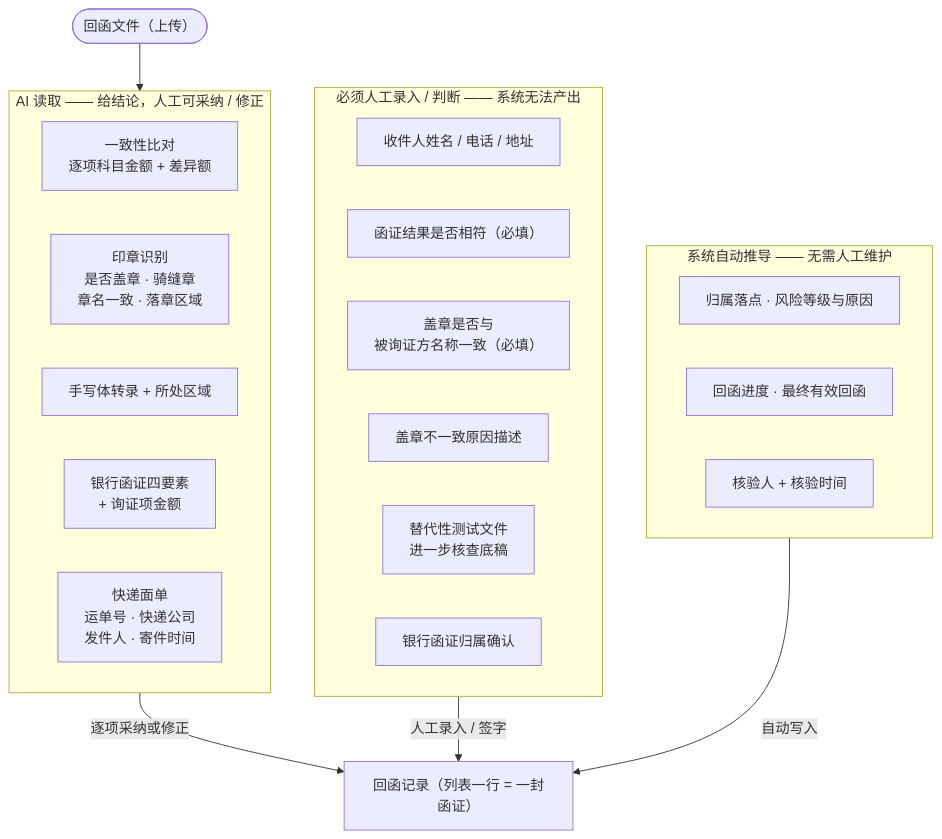
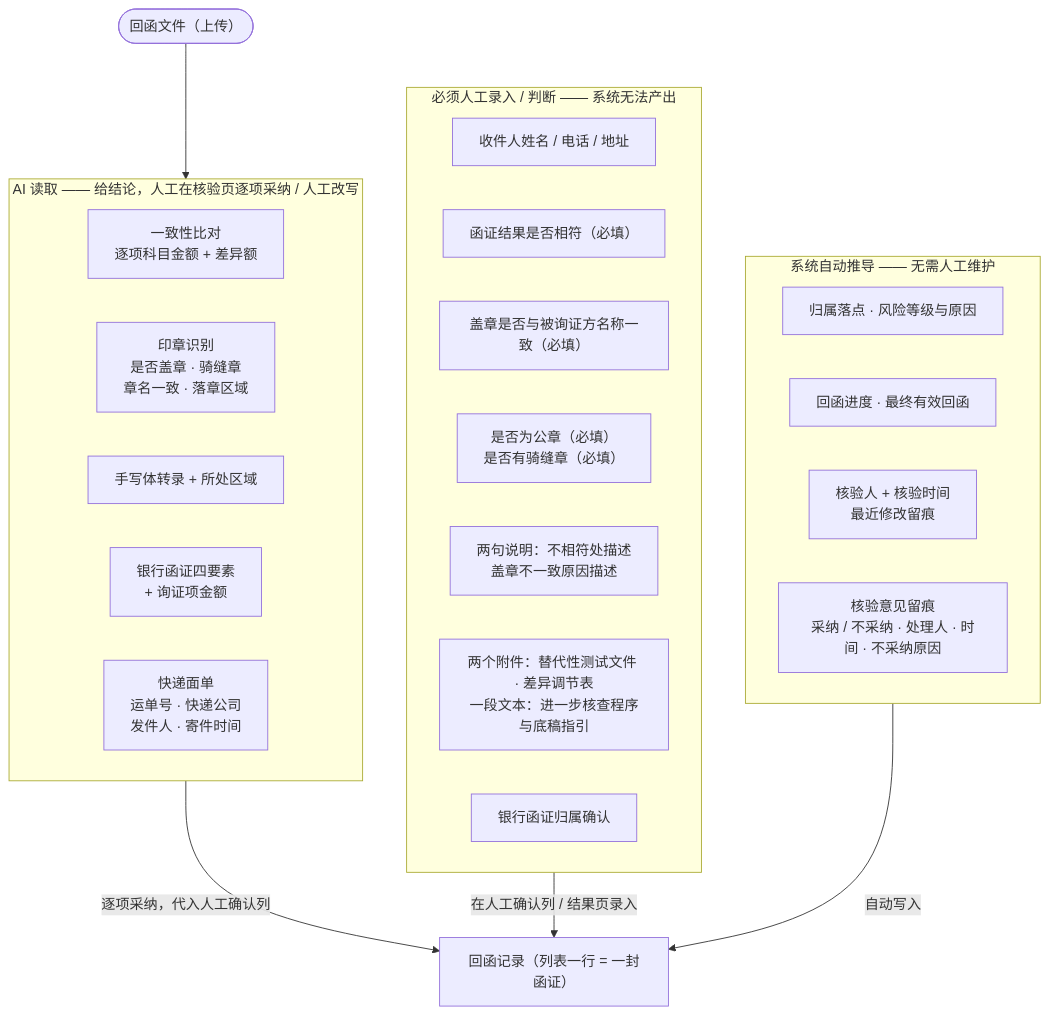
One commit to ADdongdong/01_Smart-Reply-Management changed the first of 4 diagrams in docs/figures/word_figures.md. Above: the diagram before and after it, drawn with Mermaid. The commit also changed other lines of this file and 68 other files, not shown here.

````diff
--- a/docs/figures/word_figures.md
+++ b/docs/figures/word_figures.md
@@ -36,33 +42,35 @@
 ```mermaid
 flowchart TB
     FILE(["回函文件（上传）"])
 
-    subgraph AI["AI 读取 —— 给结论，人工可采纳 / 修正"]
+    subgraph AI["AI 读取 —— 给结论，人工在核验页逐项采纳 / 人工改写"]
         A1["一致性比对<br/>逐项科目金额 + 差异额"]
         A2["印章识别<br/>是否盖章 · 骑缝章<br/>章名一致 · 落章区域"]
         A3["手写体转录 + 所处区域"]
         A4["银行函证四要素<br/>+ 询证项金额"]
         A5["快递面单<br/>运单号 · 快递公司<br/>发件人 · 寄件时间"]
     end
 
     subgraph HUMAN["必须人工录入 / 判断 —— 系统无法产出"]
         H1["收件人姓名 / 电话 / 地址"]
         H2["函证结果是否相符（必填）"]
-        H3["盖章是否与<br/>被询证方名称一致（必填）"]
-        H4["盖章不一致原因描述"]
-        H5["替代性测试文件<br/>进一步核查底稿"]
-        H6["银行函证归属确认"]
+        H3["盖章是否与被询证方名称一致（必填）"]
+        H4["是否为公章（必填）<br/>是否有骑缝章（必填）"]
+        H5["两句说明：不相符处描述<br/>盖章不一致原因描述"]
+        H6["两个附件：替代性测试文件 · 差异调节表<br/>一段文本：进一步核查程序与底稿指引"]
+        H7["银行函证归属确认"]
     end
 
     subgraph SYS["系统自动推导 —— 无需人工维护"]
         S1["归属落点 · 风险等级与原因"]
         S2["回函进度 · 最终有效回函"]
-        S3["核验人 + 核验时间"]
+        S3["核验人 + 核验时间<br/>最近修改留痕"]
+        S4["核验意见留痕<br/>采纳 / 不采纳 · 处理人 · 时间 · 不采纳原因"]
     end
 
     FILE --> AI
-    AI -->|"逐项采纳或修正"| REC
-    HUMAN -->|"人工录入 / 签字"| REC
+    AI -->|"逐项采纳，代入人工确认列"| REC
+    HUMAN -->|"在人工确认列 / 结果页录入"| REC
     SYS -->|"自动写入"| REC
     REC["回函记录（列表一行 = 一封函证）"]
 ```
````
